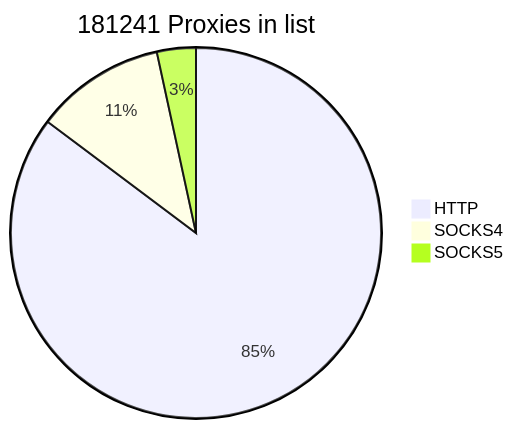
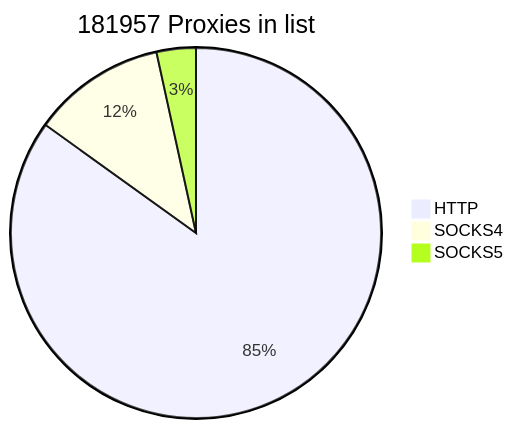
One commit to cutipu/proxylist changed the first of 2 diagrams in README.md. Above: the diagram before and after it, drawn with Mermaid. The commit also changed other lines of this file, not shown here.

````diff
--- a/README.md
+++ b/README.md
@@ -2,7 +2,7 @@
 ```mermaid
-pie title 181241 Proxies in list
-    "HTTP" : 154488
-    "SOCKS4" : 20598
-    "SOCKS5" : 6155
+pie title 181957 Proxies in list
+    "HTTP" : 154510
+    "SOCKS4" : 21208
+    "SOCKS5" : 6239
             
 ```
````
